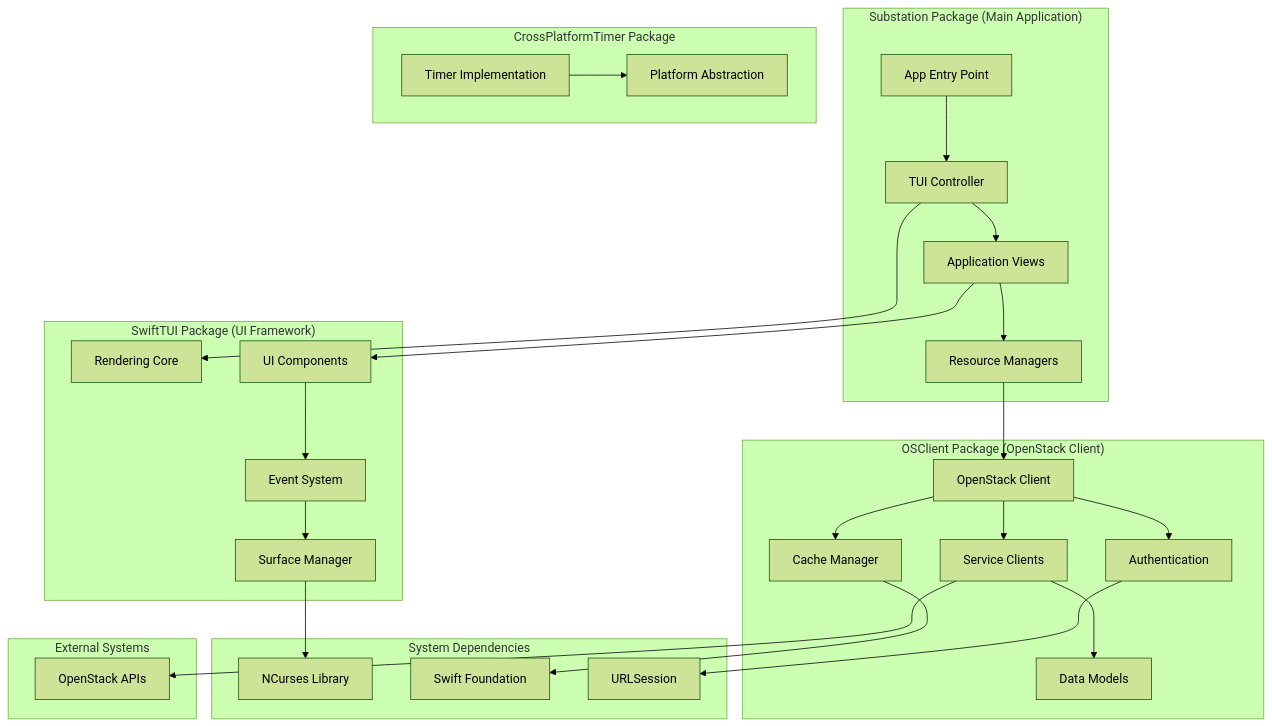
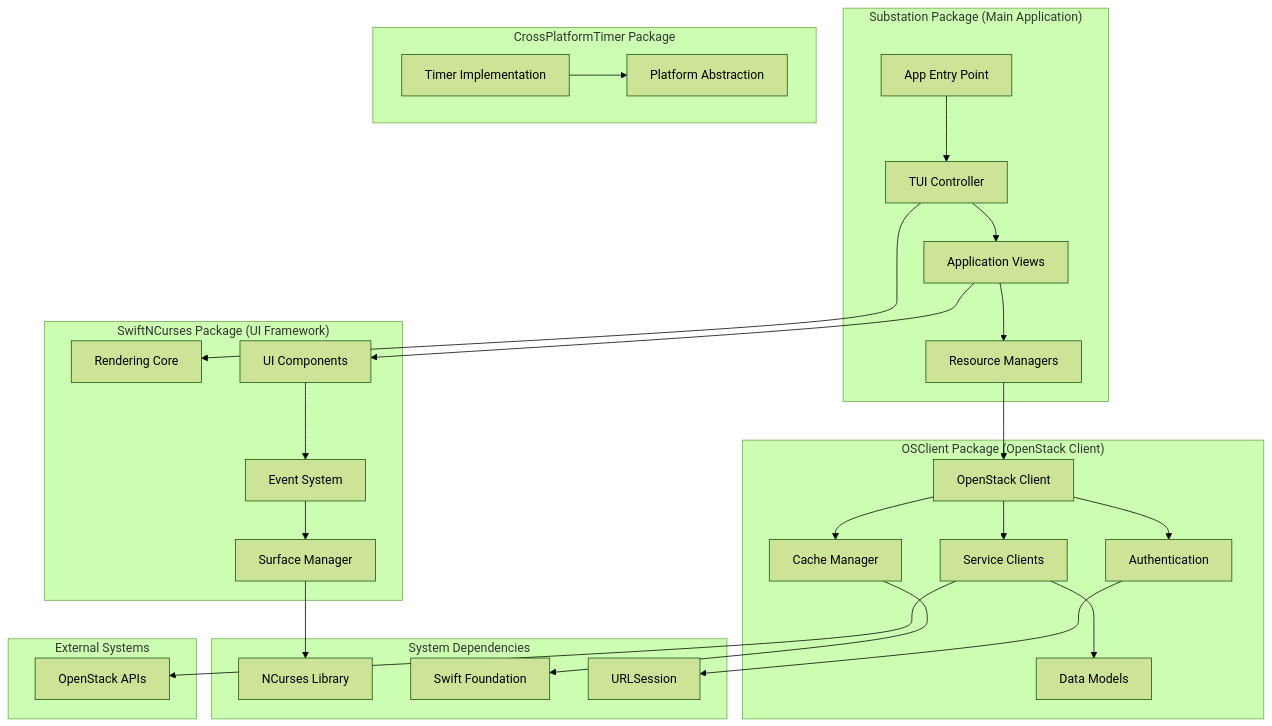
One commit to bluejayA/substation changed the first of 5 diagrams in docs/architecture/overview.md. Above: the diagram before and after it, drawn with Mermaid (forest theme). The commit also changed other lines of this file and 197 other files, not shown here.

First line of the commit message:
chore: rename SwiftTUI to SwiftNCurses

````diff
--- a/docs/architecture/overview.md
+++ b/docs/architecture/overview.md
@@ -135,62 +135,62 @@
 ```mermaid
 graph TB
     subgraph "Substation Package (Main Application)"
         TUI[TUI Controller]
         Views[Application Views]
         Managers[Resource Managers]
         App[App Entry Point]
     end
 
-    subgraph "SwiftTUI Package (UI Framework)"
+    subgraph "SwiftNCurses Package (UI Framework)"
         Core[Rendering Core]
         Components[UI Components]
         Events[Event System]
         Surface[Surface Manager]
     end
 
     subgraph "OSClient Package (OpenStack Client)"
         Client[OpenStack Client]
         Services[Service Clients]
         Auth[Authentication]
         Cache[Cache Manager]
         Models[Data Models]
     end
 
     subgraph "CrossPlatformTimer Package"
         Timer[Timer Implementation]
         Platform[Platform Abstraction]
     end
 
     subgraph "System Dependencies"
         NCurses[NCurses Library]
         Foundation[Swift Foundation]
         URLSession[URLSession]
     end
 
     subgraph "External Systems"
         OpenStack[OpenStack APIs]
     end
 
     App --> TUI
     TUI --> Views
     Views --> Managers
 
     TUI --> Core
     Views --> Components
     Components --> Events
     Events --> Surface
 
     Managers --> Client
     Client --> Services
     Client --> Auth
     Client --> Cache
 
     Services --> Models
     Auth --> URLSession
     Cache --> Foundation
 
     Timer --> Platform
     Surface --> NCurses
 
     Services --> OpenStack
 ```
````
